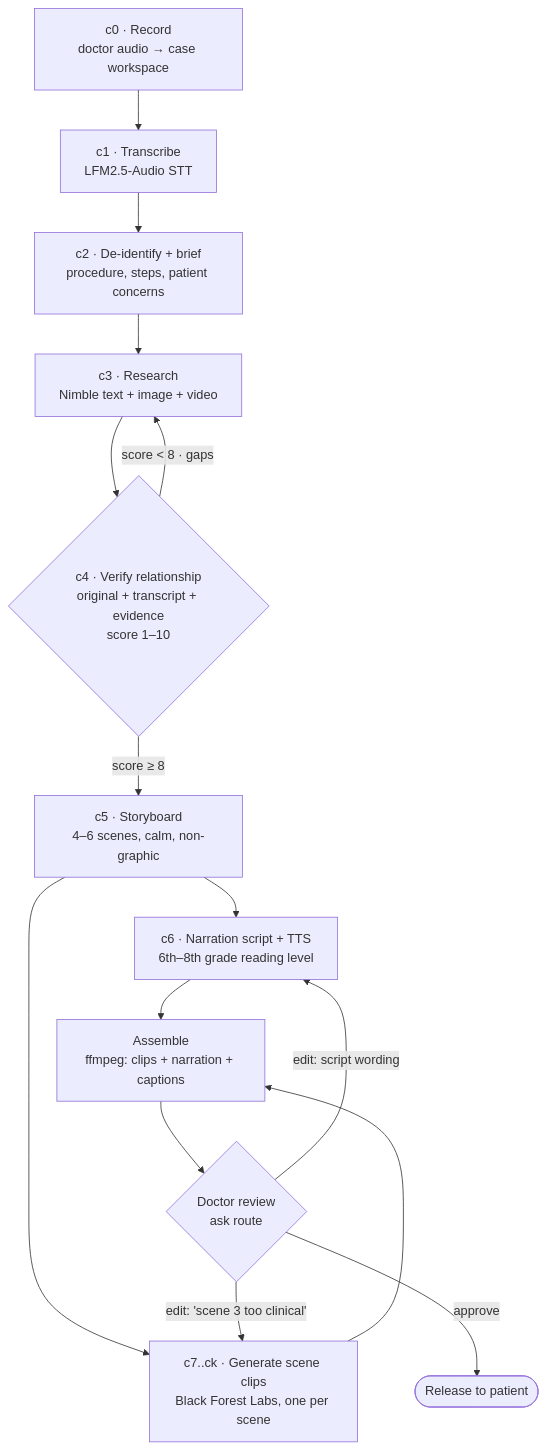
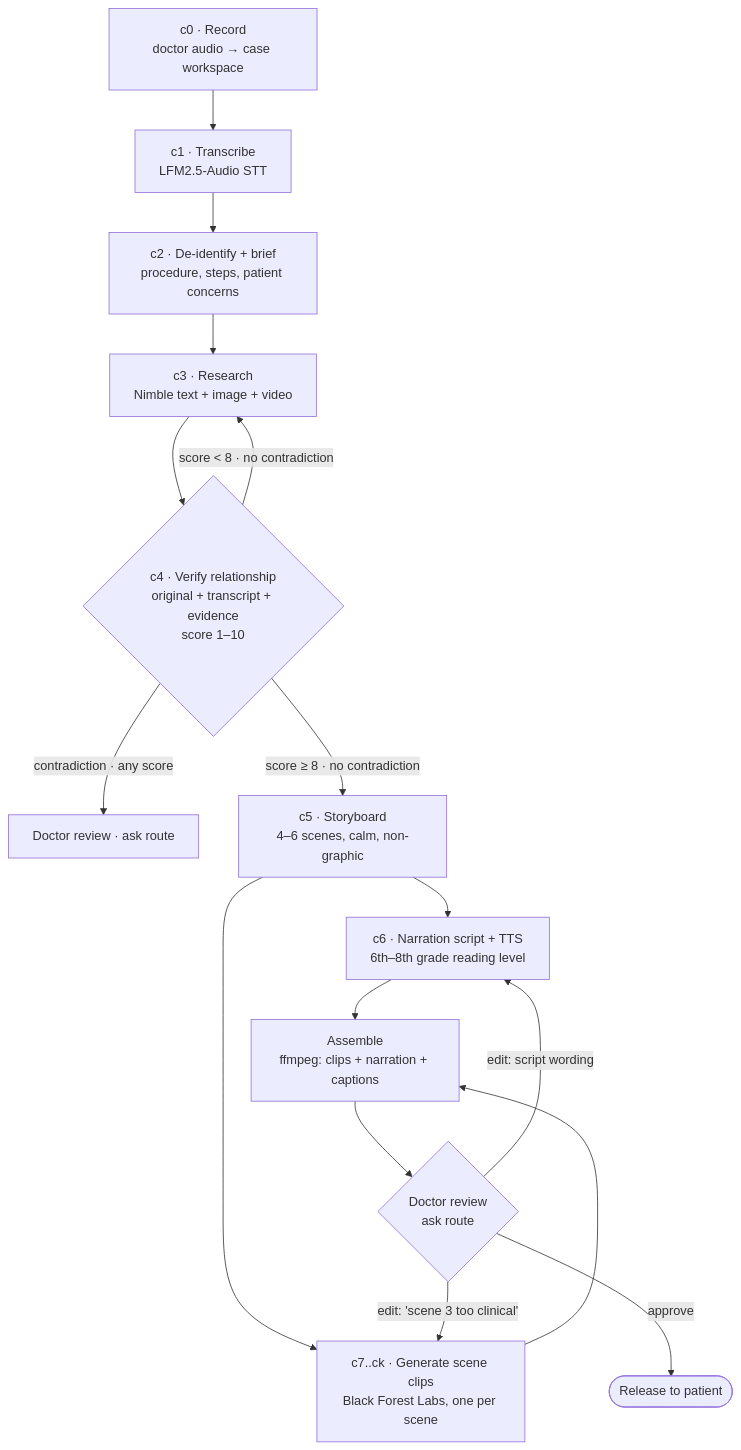
Before and after one commit to Deeraj-G/attend: the second of 6 diagrams in docs/adr/0003-procedure-explainer-video-agent.md, drawn with Mermaid. The commit also changed other lines of this file and 6 other files, not shown here.

````diff
--- a/docs/adr/0003-procedure-explainer-video-agent.md
+++ b/docs/adr/0003-procedure-explainer-video-agent.md
@@ -106,17 +106,18 @@
 ```mermaid
 flowchart TD
     S0["c0 · Record<br/>doctor audio → case workspace"] --> S1["c1 · Transcribe<br/>LFM2.5-Audio STT"]
     S1 --> S2["c2 · De-identify + brief<br/>procedure, steps, patient concerns"]
     S2 --> S3["c3 · Research<br/>Nimble text + image + video"]
     S3 --> S4{"c4 · Verify relationship<br/>original + transcript + evidence<br/>score 1–10"}
-    S4 -->|"score < 8 · gaps"| S3
-    S4 -->|"score ≥ 8"| S5["c5 · Storyboard<br/>4–6 scenes, calm, non-graphic"]
+    S4 -->|"contradiction · any score"| Review["Doctor review · ask route"]
+    S4 -->|"score < 8 · no contradiction"| S3
+    S4 -->|"score ≥ 8 · no contradiction"| S5["c5 · Storyboard<br/>4–6 scenes, calm, non-graphic"]
     S5 --> S6["c6 · Narration script + TTS<br/>6th–8th grade reading level"]
     S5 --> S7["c7..ck · Generate scene clips<br/>Black Forest Labs, one per scene"]
     S6 --> S8["Assemble<br/>ffmpeg: clips + narration + captions"]
     S7 --> S8
     S8 --> S9{"Doctor review<br/>ask route"}
     S9 -->|"edit: 'scene 3 too clinical'"| S7
     S9 -->|"edit: script wording"| S6
     S9 -->|approve| Done([Release to patient])
 ```
````
